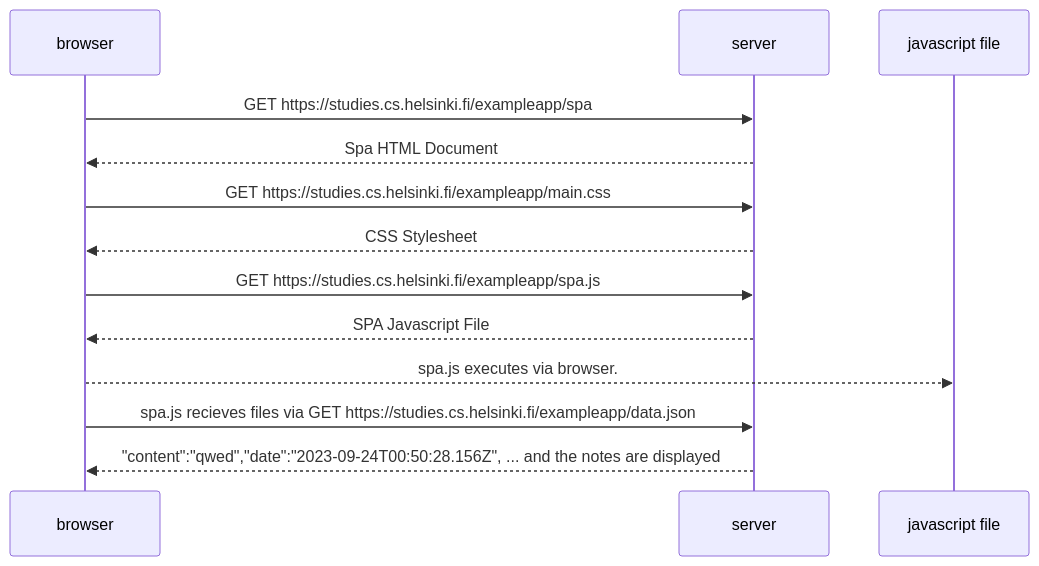
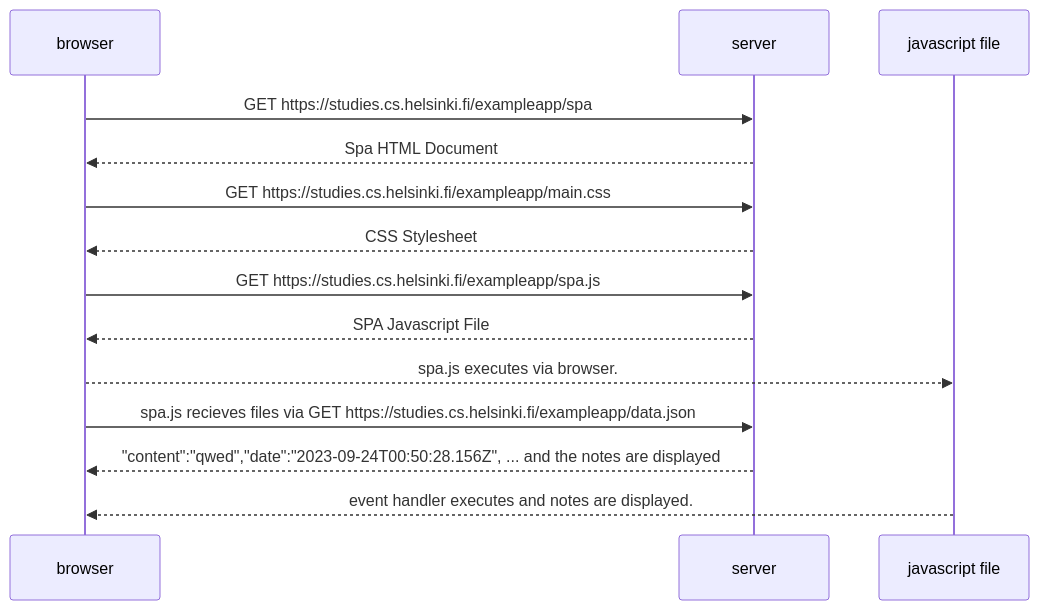
The diagram in part0/0-5.md (adrian-qorbani/fullstackopen), drawn with Mermaid before and after one commit.

Commit message:
final solution

````diff
--- a/part0/0-5.md
+++ b/part0/0-5.md
@@ -4,12 +4,13 @@
 ```mermaid
 sequenceDiagram;
   browser->>server: GET https://studies.cs.helsinki.fi/exampleapp/spa
   server-->>browser: Spa HTML Document
   browser->>server: GET https://studies.cs.helsinki.fi/exampleapp/main.css
   server-->>browser: CSS Stylesheet
   browser->>server: GET https://studies.cs.helsinki.fi/exampleapp/spa.js
   server-->>browser: SPA Javascript File
   browser-->>javascript file: spa.js executes via browser.
   browser->>server: spa.js recieves files via GET https://studies.cs.helsinki.fi/exampleapp/data.json
   server-->>browser: "content":"qwed","date":"2023-09-24T00:50:28.156Z", ... and the notes are displayed
+  javascript file -->>browser : event handler executes and notes are displayed.
 ```
````
